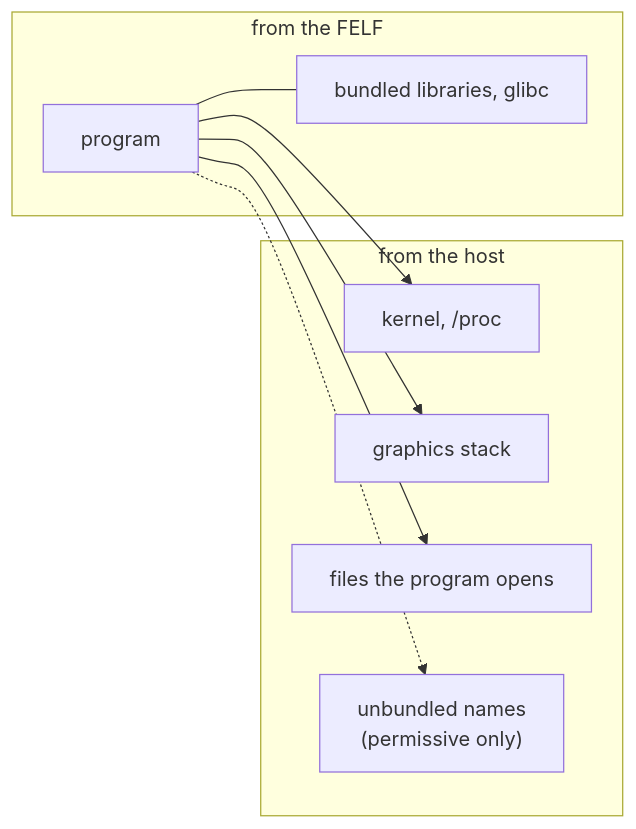
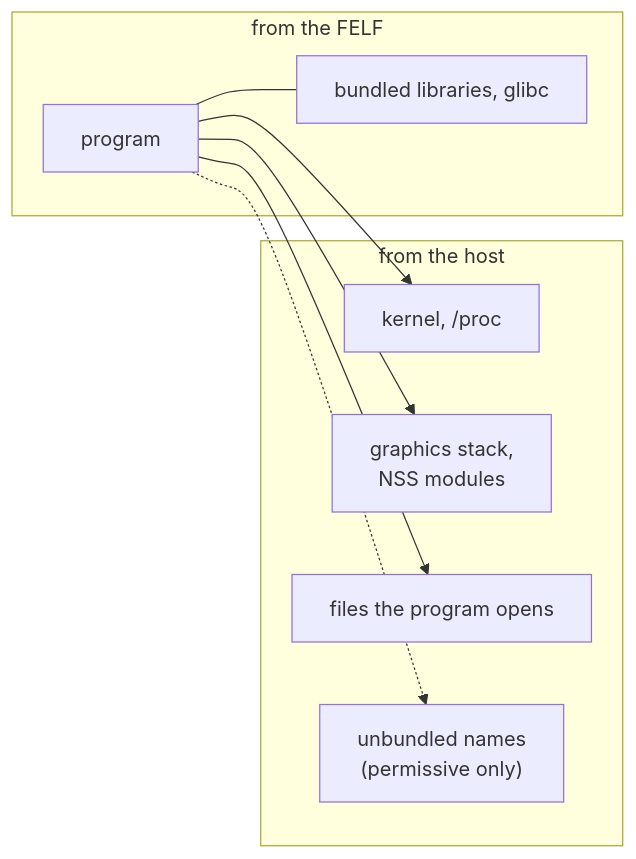
The diagram in docs/security.md (Rucadi/FELF), drawn with Mermaid before and after one commit. The commit also changed other lines of this file and 34 other files, not shown here.

````diff
--- a/docs/security.md
+++ b/docs/security.md
@@ -7,14 +7,14 @@
 ```mermaid
 flowchart LR
     subgraph felf[from the FELF]
         P[program] --- L[bundled libraries, glibc]
     end
     subgraph host[from the host]
         K["kernel, /proc"]
-        G[graphics stack]
+        G[graphics stack,<br/>NSS modules]
         X[files the program opens]
         U["unbundled names<br/>(permissive only)"]
     end
     P --> K & G & X
     P -.-> U
 ```
````
